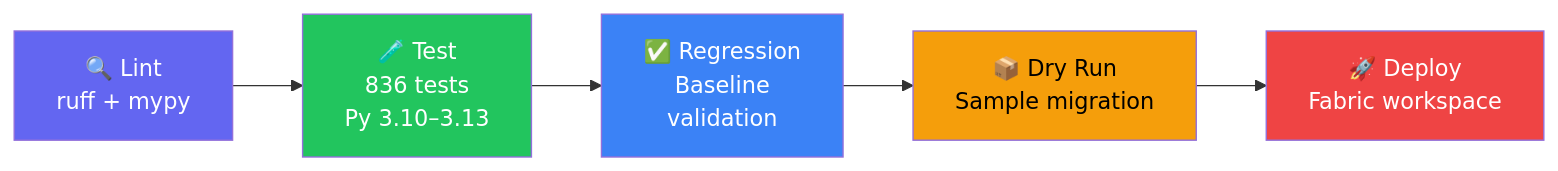
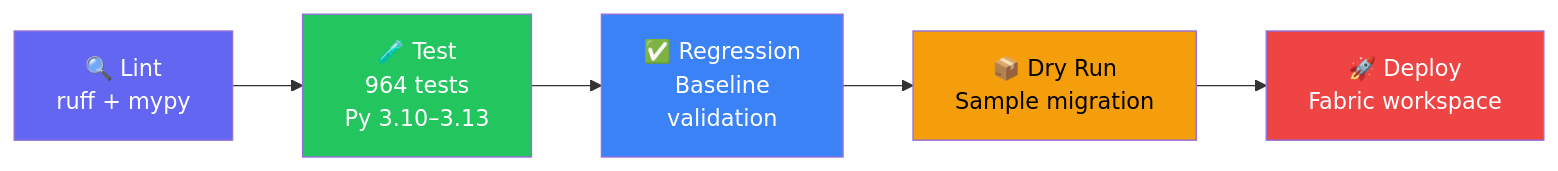
One commit to cyphou/SSIStoFabric changed the second of 2 diagrams in README.md. Above: the diagram before and after it, drawn with Mermaid. The commit also changed other lines of this file and 8 other files, not shown here.

````diff
--- a/README.md
+++ b/README.md
@@ -622,13 +634,13 @@
 ```mermaid
 flowchart LR
-    L["🔍 Lint\nruff + mypy"] --> T["🧪 Test\n836 tests\nPy 3.10–3.13"]
+    L["🔍 Lint\nruff + mypy"] --> T["🧪 Test\n964 tests\nPy 3.10–3.13"]
     T --> R["✅ Regression\nBaseline\nvalidation"]
     R --> D["📦 Dry Run\nSample migration"]
     D --> P["🚀 Deploy\nFabric workspace"]
     
     style L fill:#6366f1,color:#fff
     style T fill:#22c55e,color:#fff
     style R fill:#3b82f6,color:#fff
     style D fill:#f59e0b,color:#000
     style P fill:#ef4444,color:#fff
 ```
````
